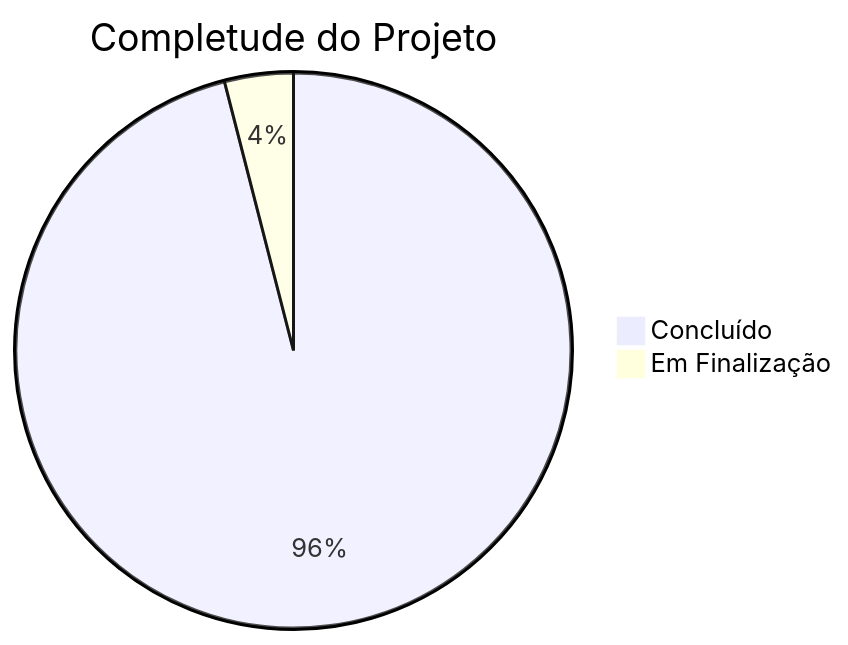
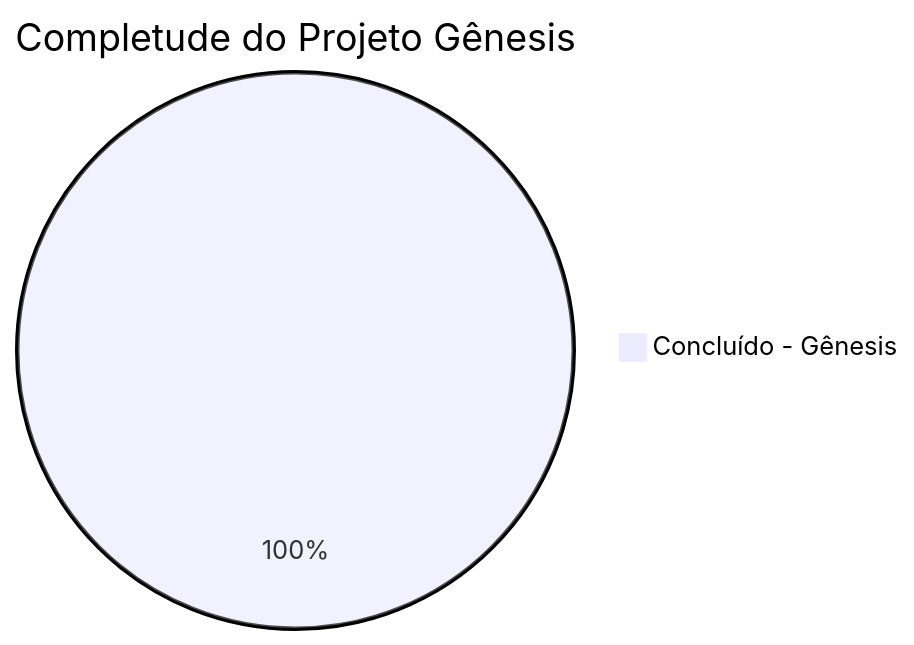
One commit to Thaislaine997/AUDITORIA360 changed the first of 4 diagrams in docs-source/strategic/project-status.md. Above: the diagram before and after it, drawn with Mermaid. The commit also changed other lines of this file and 6 other files, not shown here.

````diff
--- a/docs-source/strategic/project-status.md
+++ b/docs-source/strategic/project-status.md
@@ -12,5 +12,4 @@
 ```mermaid
-pie title Completude do Projeto
-    "Concluído" : 96
-    "Em Finalização" : 4
+pie title Completude do Projeto Gênesis
+    "Concluído - Gênesis" : 100
 ```
````
